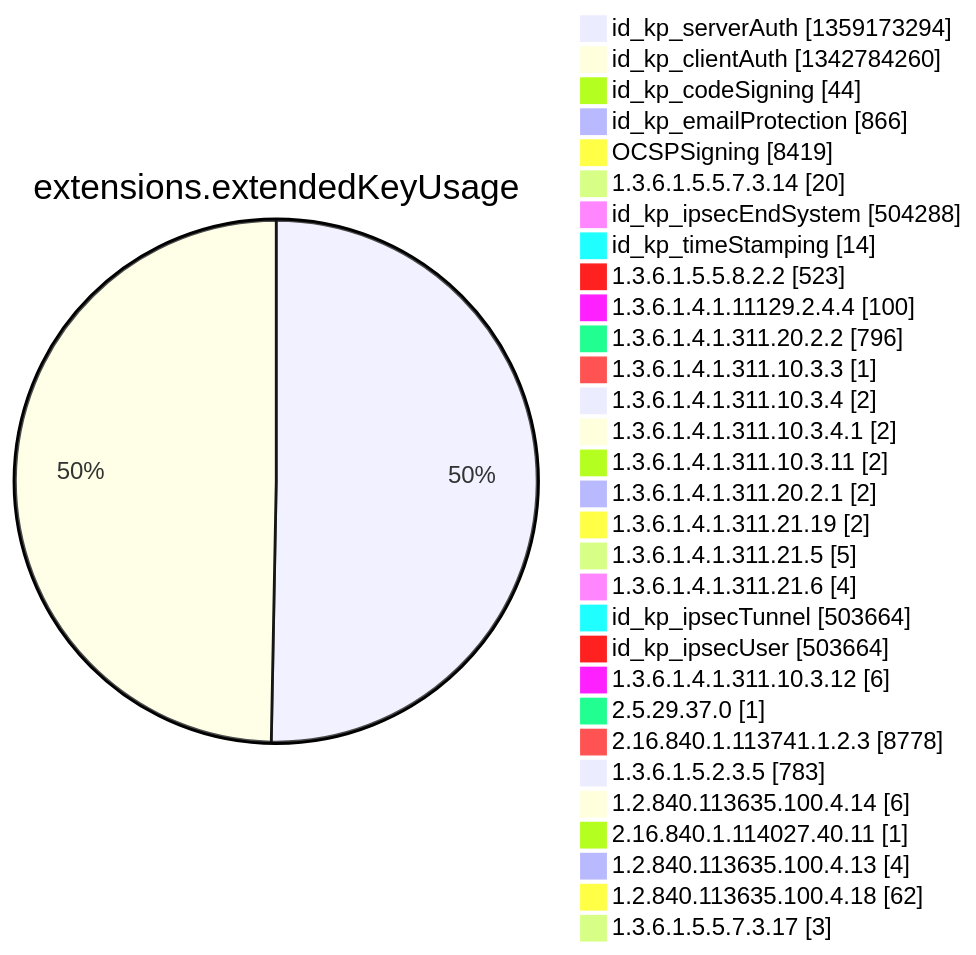
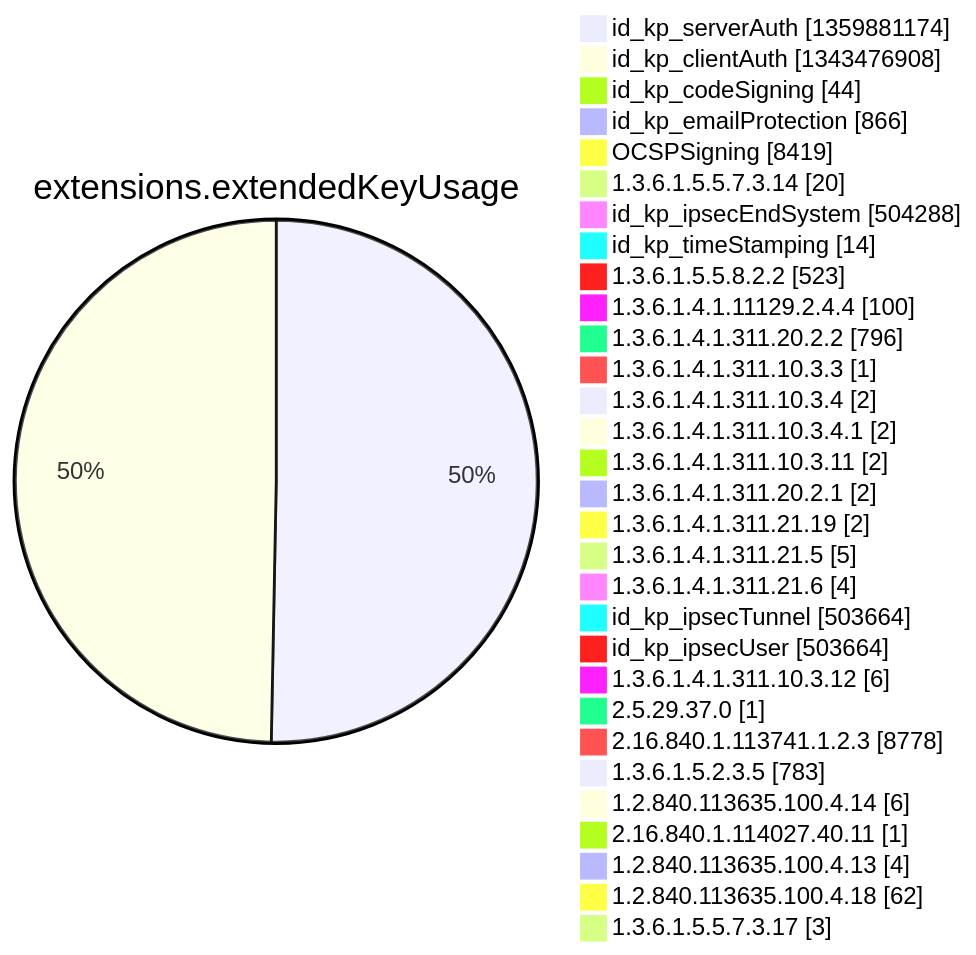
Diagram 12 of 15 in argon2022/README.md (christiankrug/ctmonitor_visualization), drawn with Mermaid before and after one commit. The commit also changed other lines of this file, not shown here.

````diff
--- a/argon2022/README.md
+++ b/argon2022/README.md
@@ -3553,34 +3553,34 @@
 ```mermaid
 pie showData
 title extensions.extendedKeyUsage
-"id_kp_serverAuth" :1359173294
-"id_kp_clientAuth" :1342784260
+"id_kp_serverAuth" :1359881174
+"id_kp_clientAuth" :1343476908
 "id_kp_codeSigning" :44
 "id_kp_emailProtection" :866
 "OCSPSigning" :8419
 "1.3.6.1.5.5.7.3.14" :20
 "id_kp_ipsecEndSystem" :504288
 "id_kp_timeStamping" :14
 "1.3.6.1.5.5.8.2.2" :523
 "1.3.6.1.4.1.11129.2.4.4" :100
 "1.3.6.1.4.1.311.20.2.2" :796
 "1.3.6.1.4.1.311.10.3.3" :1
 "1.3.6.1.4.1.311.10.3.4" :2
 "1.3.6.1.4.1.311.10.3.4.1" :2
 "1.3.6.1.4.1.311.10.3.11" :2
 "1.3.6.1.4.1.311.20.2.1" :2
 "1.3.6.1.4.1.311.21.19" :2
 "1.3.6.1.4.1.311.21.5" :5
 "1.3.6.1.4.1.311.21.6" :4
 "id_kp_ipsecTunnel" :503664
 "id_kp_ipsecUser" :503664
 "1.3.6.1.4.1.311.10.3.12" :6
 "2.5.29.37.0" :1
 "2.16.840.1.113741.1.2.3" :8778
 "1.3.6.1.5.2.3.5" :783
 "1.2.840.113635.100.4.14" :6
 "2.16.840.1.114027.40.11" :1
 "1.2.840.113635.100.4.13" :4
 "1.2.840.113635.100.4.18" :62
 "1.3.6.1.5.5.7.3.17" :3
 ```
````
